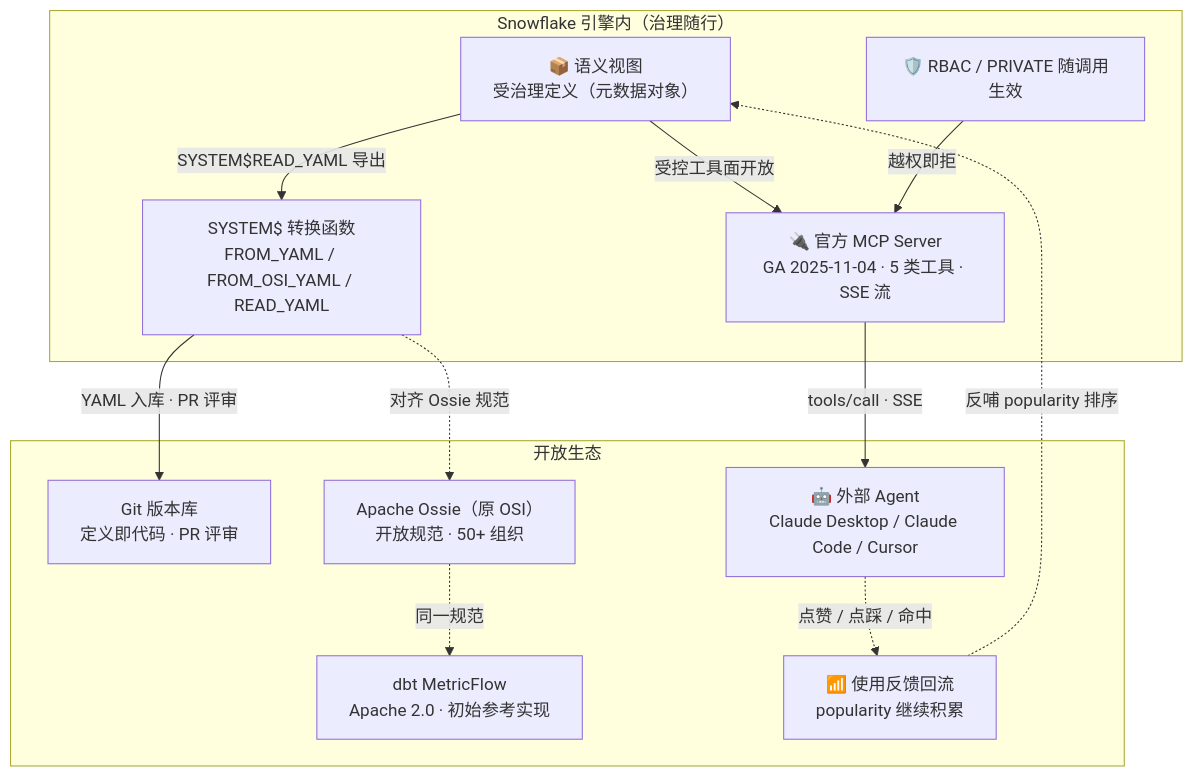
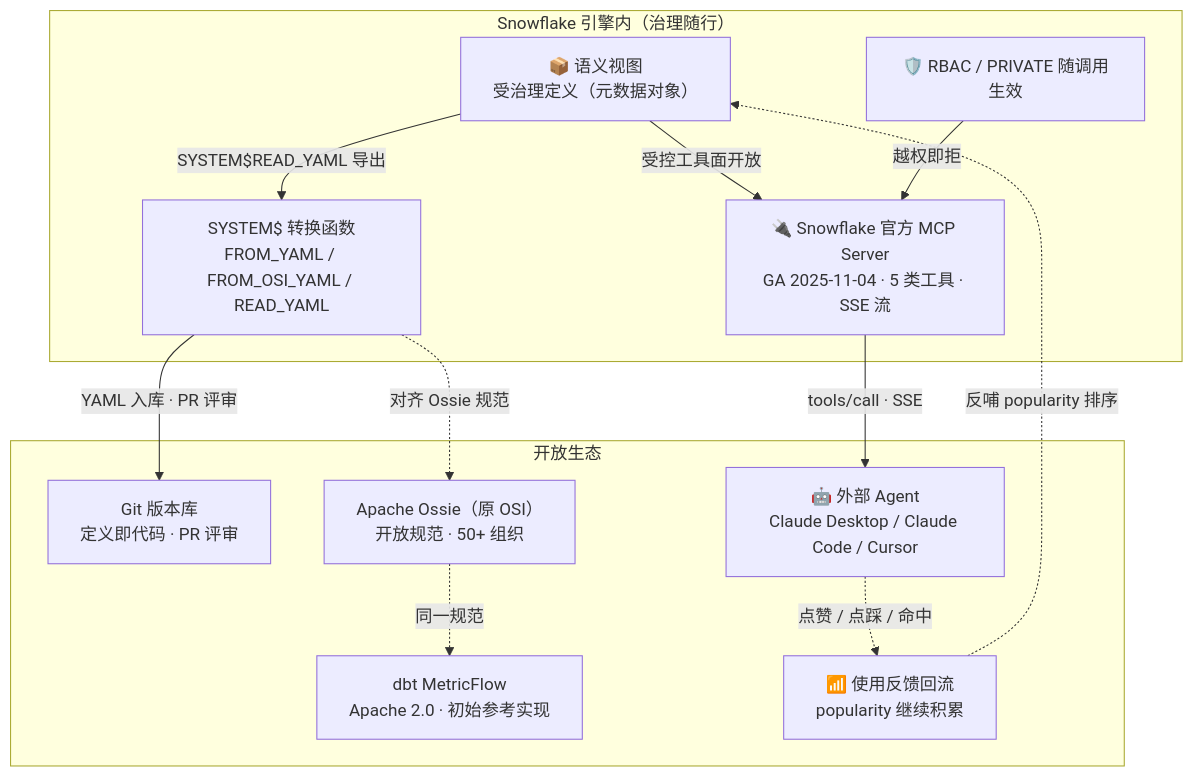
The diagram in docs/assets/mermaid/cognitive-context/horizon-context--open-interop.mmd (ThreeFish-AI/negentropy), drawn with Mermaid before and after one commit. The commit also changed 3 other files, not shown here.

First line of the commit message:
docs(horizon-context): open-interop 图同步「官方」消歧——mmd 标签与卡片文案加注 Snowflake，archify 重渲并再采集双主题 PNG;

```diff
--- a/docs/assets/mermaid/cognitive-context/horizon-context--open-interop.mmd
+++ b/docs/assets/mermaid/cognitive-context/horizon-context--open-interop.mmd
@@ -1,27 +1,28 @@
 %%source: docs/research/cognitive-context/011-horizon-context.md#blockM7 (L404-L459, §9 M7 · 开放互操作)
 %%slug: cognitive-context/horizon-context--open-interop
 %%type: architecture
 %%derived: archify architecture v1, authored from source mermaid
+%% fix: MCP 节点标签「官方 MCP Server」→「Snowflake 官方 MCP Server」，与 011 正文图注消歧同步（e6c23530）；其余节点逐字节保留
 flowchart TB
     subgraph "Snowflake 引擎内（治理随行）"
         SV["📦 语义视图<br/>受治理定义（元数据对象）"]
         SYS["SYSTEM$ 转换函数<br/>FROM_YAML / FROM_OSI_YAML / READ_YAML"]
-        MCP["🔌 官方 MCP Server<br/>GA 2025-11-04 · 5 类工具 · SSE 流"]
+        MCP["🔌 Snowflake 官方 MCP Server<br/>GA 2025-11-04 · 5 类工具 · SSE 流"]
         RBX["🛡️ RBAC / PRIVATE 随调用生效"]
     end
     subgraph "开放生态"
         GIT["Git 版本库<br/>定义即代码 · PR 评审"]
         OSS["Apache Ossie（原 OSI）<br/>开放规范 · 50+ 组织"]
         DBT["dbt MetricFlow<br/>Apache 2.0 · 初始参考实现"]
         EXT["🤖 外部 Agent<br/>Claude Desktop / Claude Code / Cursor"]
         FB["📶 使用反馈回流<br/>popularity 继续积累"]
     end
     SV -->|"SYSTEM$READ_YAML 导出"| SYS
     SYS -->|"YAML 入库 · PR 评审"| GIT
     SYS -.->|"对齐 Ossie 规范"| OSS
     OSS -.->|"同一规范"| DBT
     SV -->|"受控工具面开放"| MCP
     MCP -->|"tools/call · SSE"| EXT
     RBX -->|"越权即拒"| MCP
     EXT -.->|"点赞 / 点踩 / 命中"| FB
     FB -.->|"反哺 popularity 排序"| SV
```
